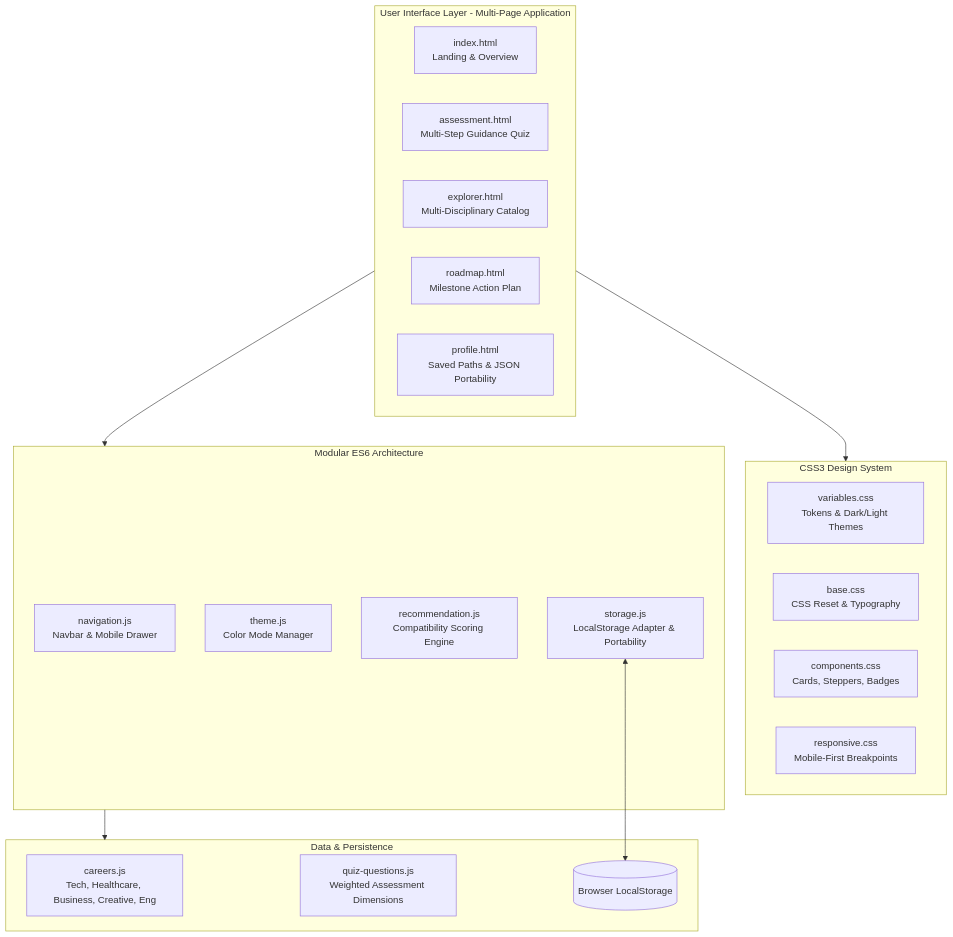
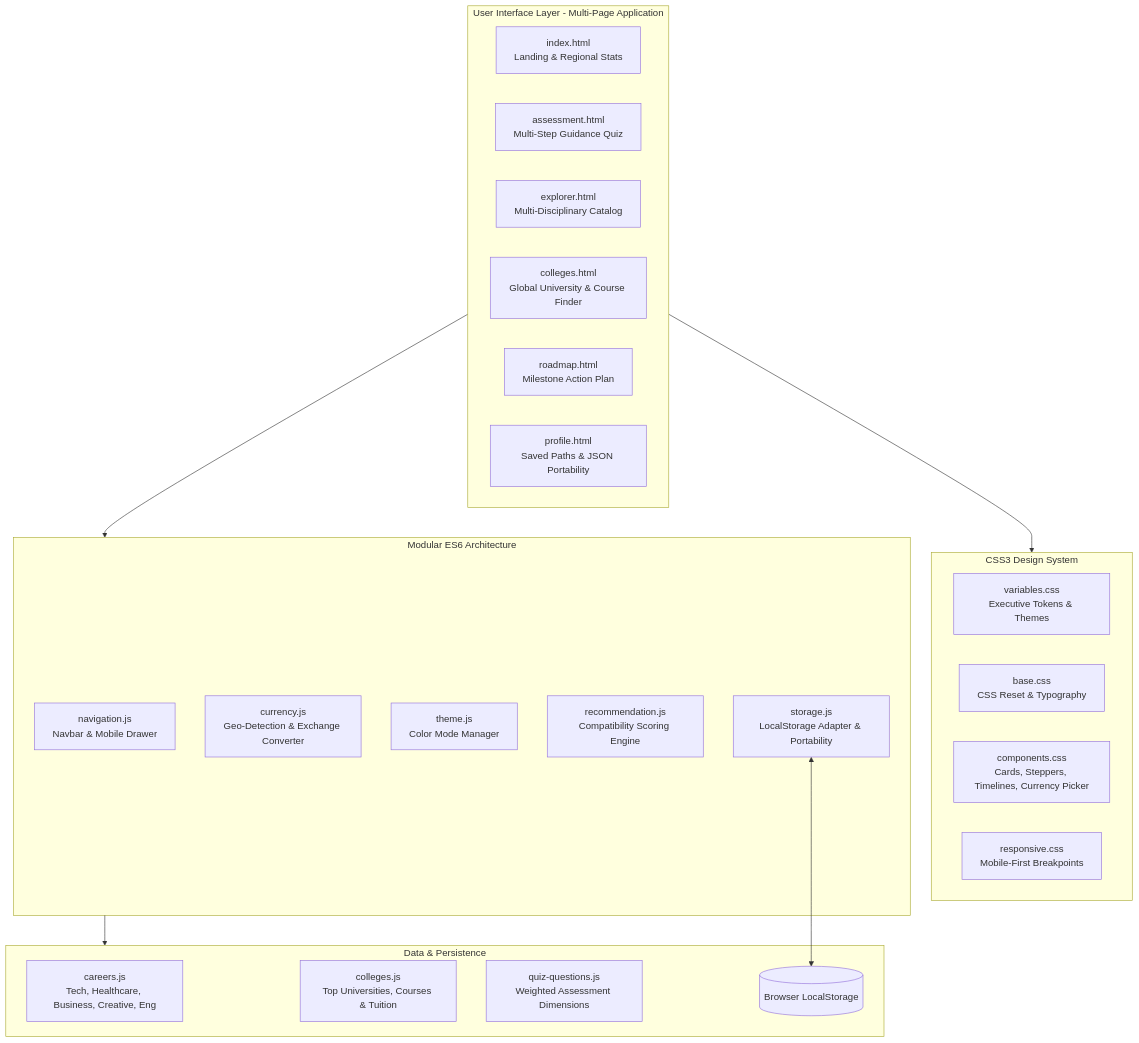
One commit to vasishtaaa/Career_Guidance_Platform changed the diagram in README.md. Above: the diagram before and after it, drawn with Mermaid. The commit also changed other lines of this file and 17 other files, not shown here.

Commit message:
feat: executive UI redesign, global college directory, and regional currency localization

````diff
--- a/README.md
+++ b/README.md
@@ -28,35 +31,38 @@
 ```mermaid
 flowchart TD
     subgraph UI_Layer [User Interface Layer - Multi-Page Application]
-        P1[index.html<br/>Landing & Overview]
+        P1[index.html<br/>Landing & Regional Stats]
         P2[assessment.html<br/>Multi-Step Guidance Quiz]
         P3[explorer.html<br/>Multi-Disciplinary Catalog]
-        P4[roadmap.html<br/>Milestone Action Plan]
-        P5[profile.html<br/>Saved Paths & JSON Portability]
+        P4[colleges.html<br/>Global University & Course Finder]
+        P5[roadmap.html<br/>Milestone Action Plan]
+        P6[profile.html<br/>Saved Paths & JSON Portability]
     end
 
     subgraph Presentation_Layer [CSS3 Design System]
-        VARS[variables.css<br/>Tokens & Dark/Light Themes]
+        VARS[variables.css<br/>Executive Tokens & Themes]
         BASE[base.css<br/>CSS Reset & Typography]
-        COMP[components.css<br/>Cards, Steppers, Badges]
+        COMP[components.css<br/>Cards, Steppers, Timelines, Currency Picker]
         RESP[responsive.css<br/>Mobile-First Breakpoints]
     end
 
     subgraph Logic_Layer [Modular ES6 Architecture]
         NAV[navigation.js<br/>Navbar & Mobile Drawer]
+        CURR[currency.js<br/>Geo-Detection & Exchange Converter]
         THEME[theme.js<br/>Color Mode Manager]
         RECOM[recommendation.js<br/>Compatibility Scoring Engine]
         STORE[storage.js<br/>LocalStorage Adapter & Portability]
     end
 
     subgraph Data_Layer [Data & Persistence]
         DATA1[careers.js<br/>Tech, Healthcare, Business, Creative, Eng]
-        DATA2[quiz-questions.js<br/>Weighted Assessment Dimensions]
+        DATA2[colleges.js<br/>Top Universities, Courses & Tuition]
+        DATA3[quiz-questions.js<br/>Weighted Assessment Dimensions]
         LOCAL[(Browser LocalStorage)]
     end
 
     UI_Layer --> Presentation_Layer
     UI_Layer --> Logic_Layer
     Logic_Layer --> Data_Layer
     STORE <--> LOCAL
 ```
````
